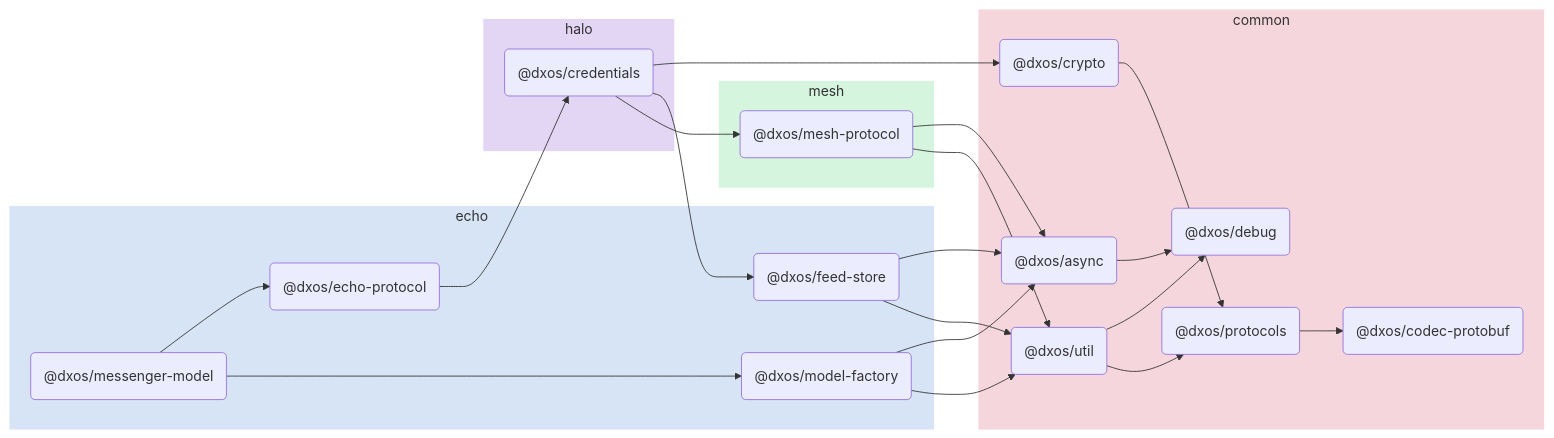
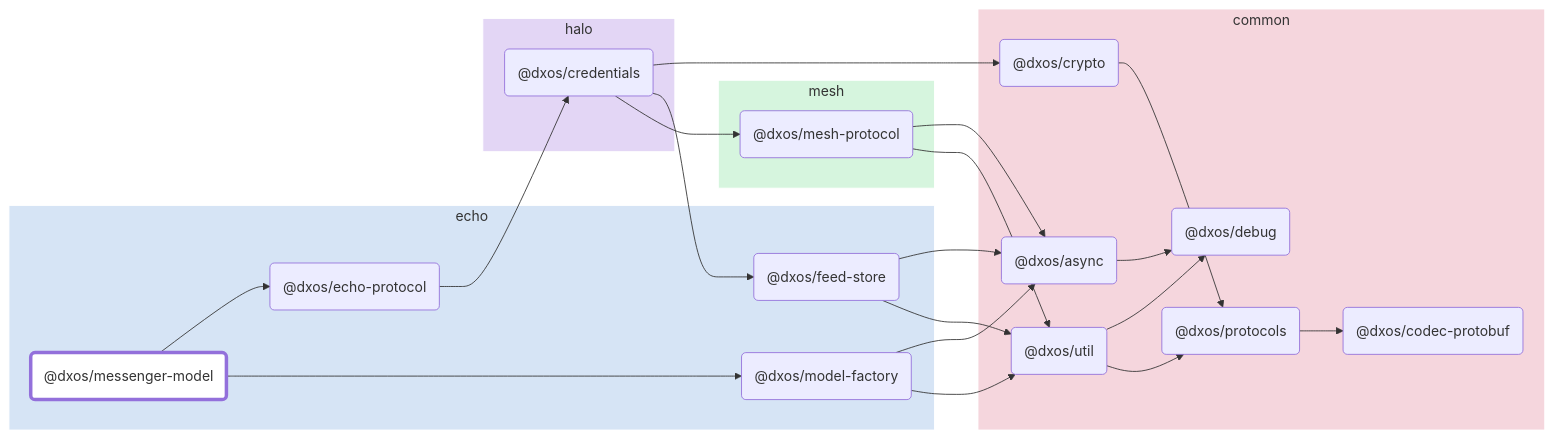
Before and after one commit to dxos/dxos: the diagram in packages/echo/messenger-model/docs/README.md, drawn with Mermaid. The commit also changed other lines of this file and 88 other files, not shown here.

````diff
--- a/packages/echo/messenger-model/docs/README.md
+++ b/packages/echo/messenger-model/docs/README.md
@@ -5,49 +7,62 @@
 ```mermaid
 flowchart LR;
+
+style dxos/messenger-model fill:#fff,stroke-width:4px;
+
+click dxos/codec-protobuf "https:/github.com/dxos/dxos/tree/main/packages/common/codec-protobuf/docs";
+click dxos/echo-protocol "https:/github.com/dxos/dxos/tree/main/packages/echo/echo-protocol/docs";
+click dxos/async "https:/github.com/dxos/dxos/tree/main/packages/common/async/docs";
+click dxos/credentials "https:/github.com/dxos/dxos/tree/main/packages/halo/credentials/docs";
+click dxos/crypto "https:/github.com/dxos/dxos/tree/main/packages/common/crypto/docs";
+click dxos/feed-store "https:/github.com/dxos/dxos/tree/main/packages/echo/feed-store/docs";
+click dxos/protocols "https:/github.com/dxos/dxos/tree/main/packages/common/protocols/docs";
+click dxos/util "https:/github.com/dxos/dxos/tree/main/packages/common/util/docs";
+click dxos/model-factory "https:/github.com/dxos/dxos/tree/main/packages/echo/model-factory/docs";
+click dxos/debug "https:/github.com/dxos/dxos/tree/main/packages/common/debug/docs";
 
 subgraph echo
   style echo fill:#d6e4f5,stroke:#fff;
   dxos/messenger-model("@dxos/messenger-model");
   dxos/echo-protocol("@dxos/echo-protocol");
   dxos/feed-store("@dxos/feed-store");
   dxos/model-factory("@dxos/model-factory");
 end
 
 subgraph common
   style common fill:#f5d6dd,stroke:#fff;
   dxos/codec-protobuf("@dxos/codec-protobuf");
   dxos/async("@dxos/async");
   dxos/debug("@dxos/debug");
   dxos/crypto("@dxos/crypto");
   dxos/protocols("@dxos/protocols");
   dxos/util("@dxos/util");
 end
 
 subgraph halo
   style halo fill:#e3d6f5,stroke:#fff;
   dxos/credentials("@dxos/credentials");
 end
 
 subgraph mesh
   style mesh fill:#d6f5de,stroke:#fff;
   dxos/mesh-protocol("@dxos/mesh-protocol");
 end
 
 dxos/messenger-model --> dxos/echo-protocol;
 dxos/async --> dxos/debug;
 dxos/echo-protocol --> dxos/credentials;
 dxos/credentials --> dxos/crypto;
 dxos/crypto --> dxos/protocols;
 dxos/protocols --> dxos/codec-protobuf;
 dxos/credentials --> dxos/feed-store;
 dxos/feed-store --> dxos/async;
 dxos/feed-store --> dxos/util;
 dxos/util --> dxos/debug;
 dxos/util --> dxos/protocols;
 dxos/credentials --> dxos/mesh-protocol;
 dxos/mesh-protocol --> dxos/async;
 dxos/mesh-protocol --> dxos/util;
 dxos/messenger-model --> dxos/model-factory;
 dxos/model-factory --> dxos/async;
 dxos/model-factory --> dxos/util;
 ```
````
